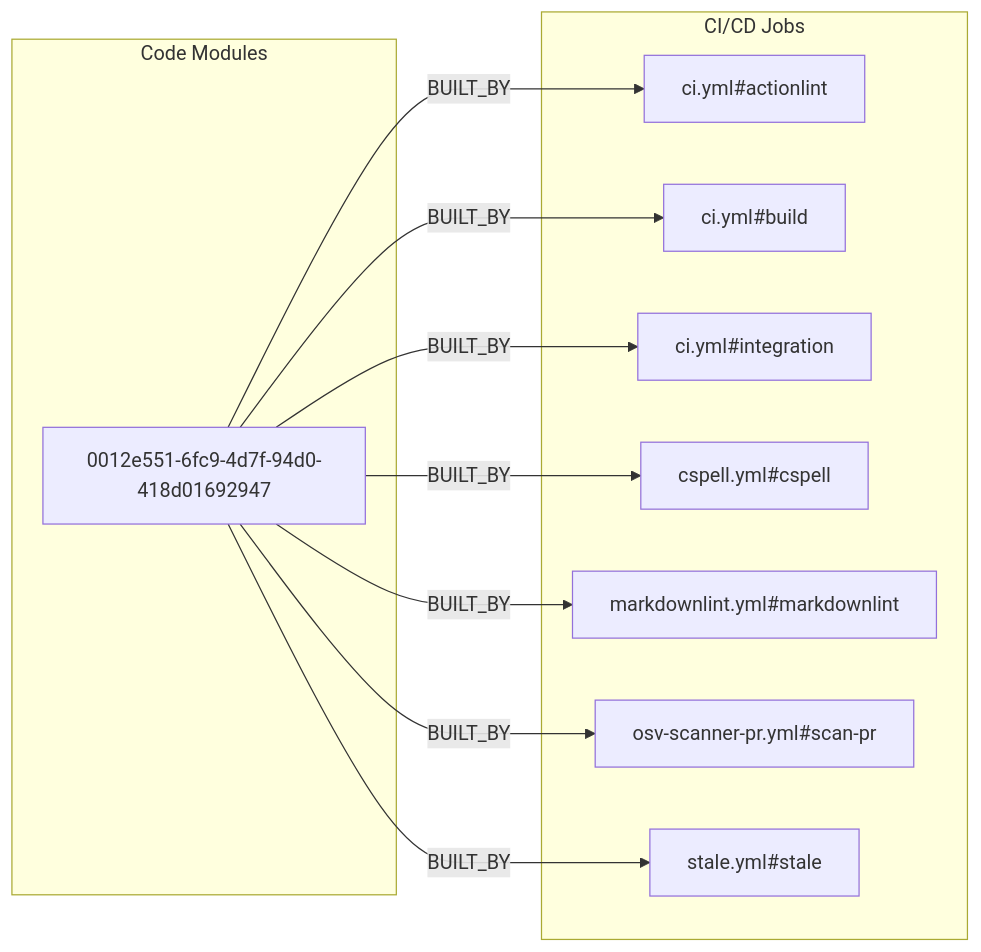
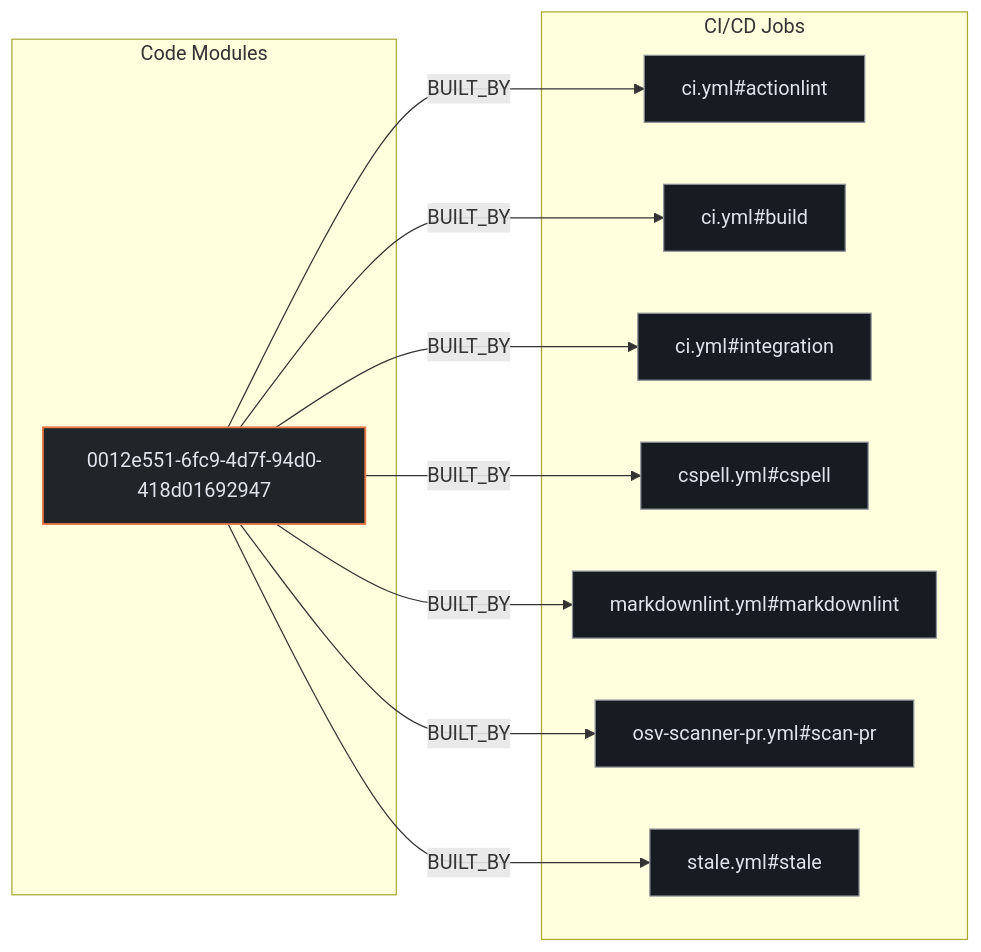
Before and after one commit to kumarshaz/atruss-code-atlas: the second of 3 diagrams in exports/latest/reports/grafana-grafana-kiosk-report.md, drawn with Mermaid. The commit also changed other lines of this file and 331 other files, not shown here.

Commit message:
docs,ui,fix: update SDLC docs, reorder CI/CD DAG first, stylize Mermaid, and fix Arc42 pipeline topology

````diff
--- a/exports/latest/reports/grafana-grafana-kiosk-report.md
+++ b/exports/latest/reports/grafana-grafana-kiosk-report.md
@@ -153,22 +160,26 @@
 ```mermaid
 flowchart LR
+    classDef atlasCategory fill:#212428,stroke:#E87A48,stroke-width:1.5px,color:#dfe3eb
+    classDef atlasWorkflow fill:#1b2026,stroke:#a3c9ff,stroke-width:1.5px,color:#dfe3eb
+    classDef atlasJob fill:#171c22,stroke:#8d9199,stroke-width:1px,color:#dfe3eb
+    classDef atlasTarget fill:#005227,stroke:#8bd99b,stroke-width:1.5px,color:#a7f6b6
     subgraph code_modules["Code Modules"]
-        mod_0012e551_6fc9_4d7f_94d0_418d01692947["0012e551-6fc9-4d7f-94d0-418d01692947"]
+        mod_0012e551_6fc9_4d7f_94d0_418d01692947["0012e551-6fc9-4d7f-94d0-418d01692947"]:::atlasCategory
     end
     subgraph ci_jobs["CI/CD Jobs"]
-        job_ci_yml_actionlint["ci.yml#actionlint"]
-        job_ci_yml_build["ci.yml#build"]
-        job_ci_yml_integration["ci.yml#integration"]
-        job_cspell_yml_cspell["cspell.yml#cspell"]
-        job_markdownlint_yml_markdownlint["markdownlint.yml#markdownlint"]
-        job_osv_scanner_pr_yml_scan_pr["osv-scanner-pr.yml#scan-pr"]
-        job_stale_yml_stale["stale.yml#stale"]
+        job_ci_yml_actionlint["ci.yml#actionlint"]:::atlasJob
+        job_ci_yml_build["ci.yml#build"]:::atlasJob
+        job_ci_yml_integration["ci.yml#integration"]:::atlasJob
+        job_cspell_yml_cspell["cspell.yml#cspell"]:::atlasJob
+        job_markdownlint_yml_markdownlint["markdownlint.yml#markdownlint"]:::atlasJob
+        job_osv_scanner_pr_yml_scan_pr["osv-scanner-pr.yml#scan-pr"]:::atlasJob
+        job_stale_yml_stale["stale.yml#stale"]:::atlasJob
     end
     mod_0012e551_6fc9_4d7f_94d0_418d01692947 -->|BUILT_BY| job_ci_yml_actionlint
     mod_0012e551_6fc9_4d7f_94d0_418d01692947 -->|BUILT_BY| job_ci_yml_build
     mod_0012e551_6fc9_4d7f_94d0_418d01692947 -->|BUILT_BY| job_ci_yml_integration
     mod_0012e551_6fc9_4d7f_94d0_418d01692947 -->|BUILT_BY| job_cspell_yml_cspell
     mod_0012e551_6fc9_4d7f_94d0_418d01692947 -->|BUILT_BY| job_markdownlint_yml_markdownlint
     mod_0012e551_6fc9_4d7f_94d0_418d01692947 -->|BUILT_BY| job_osv_scanner_pr_yml_scan_pr
     mod_0012e551_6fc9_4d7f_94d0_418d01692947 -->|BUILT_BY| job_stale_yml_stale
 ```
````
